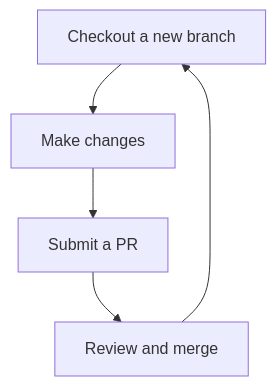
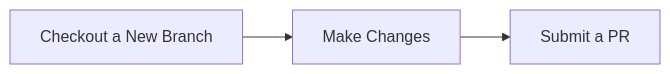
Before and after one commit to mermaid-js/mermaid: the second of 5 diagrams in docs/community/contributing.md, drawn with Mermaid. The commit also changed other lines of this file and 3 other files, not shown here.

````diff
--- a/docs/community/contributing.md
+++ b/docs/community/contributing.md
@@ -135,9 +130,8 @@
 ```mermaid
-  flowchart TB
+  flowchart LR
 
-  branch --> update --> submit --> review --> branch
-  branch[Checkout a new branch]
-  update[Make changes]
+  branch --> changes --> submit
+  branch[Checkout a New Branch]
+  changes[Make Changes]
   submit[Submit a PR]
-  review[Review and merge]
 ```
````
